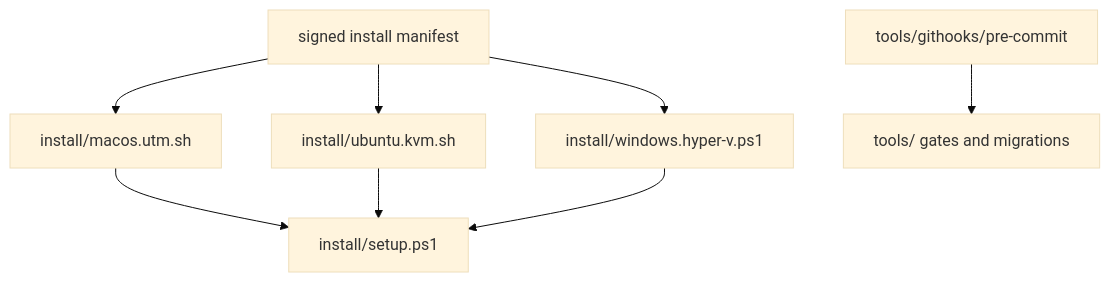
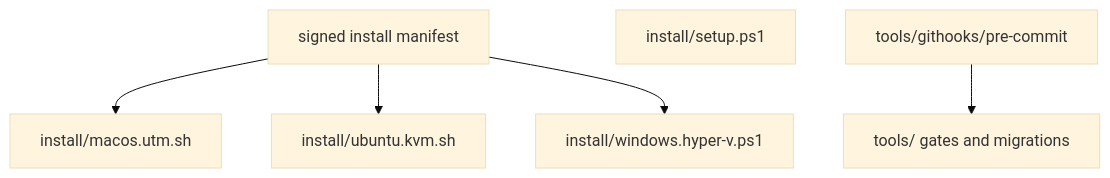
The fifth of 7 diagrams in docs/design/02-component-breakdown.md (alissonsol/yuruna), drawn with Mermaid (base theme) before and after one commit. The commit also changed other lines of this file and 662 other files, not shown here.

````diff
--- a/docs/design/02-component-breakdown.md
+++ b/docs/design/02-component-breakdown.md
@@ -329,18 +510,15 @@
 ```mermaid
 flowchart TD
     macos-utm-sh["install/macos.utm.sh"]
     ubuntu-kvm-sh["install/ubuntu.kvm.sh"]
     windows-hyper-v-ps1["install/windows.hyper-v.ps1"]
     signed-manifest["signed install manifest"]
     setup-ps1["install/setup.ps1"]
     repo-gates["tools/ gates and migrations"]
     pre-commit["tools/githooks/pre-commit"]
 
     signed-manifest --> macos-utm-sh
     signed-manifest --> ubuntu-kvm-sh
     signed-manifest --> windows-hyper-v-ps1
-    macos-utm-sh --> setup-ps1
-    ubuntu-kvm-sh --> setup-ps1
-    windows-hyper-v-ps1 --> setup-ps1
     pre-commit --> repo-gates
 ```
````
